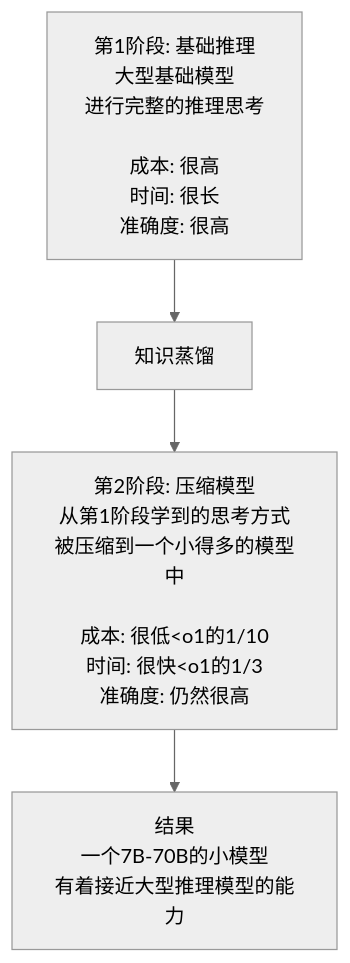
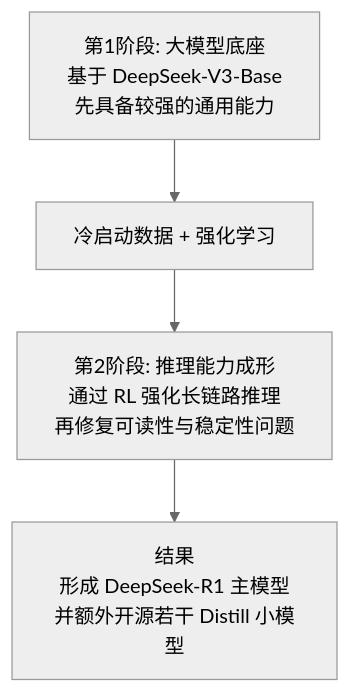
Before and after one commit to changsongyang/ai_beginner_guide: the seventh of 9 diagrams in 07_reasoning_models/7.4_major_reasoning_models.md, drawn with Mermaid (neutral theme). The commit also changed other lines of this file and 8 other files, not shown here.

````diff
--- a/07_reasoning_models/7.4_major_reasoning_models.md
+++ b/07_reasoning_models/7.4_major_reasoning_models.md
@@ -227,12 +182,12 @@
 ```mermaid
 graph TD
-    A["第1阶段: 基础推理<br/>大型基础模型<br/>进行完整的推理思考<br/><br/>成本: 很高<br/>时间: 很长<br/>准确度: 很高"]
+    A["第1阶段: 大模型底座<br/>基于 DeepSeek-V3-Base<br/>先具备较强的通用能力"]
 
-    B["知识蒸馏"]
+    B["冷启动数据 + 强化学习"]
 
-    C["第2阶段: 压缩模型<br/>从第1阶段学到的思考方式<br/>被压缩到一个小得多的模型中<br/><br/>成本: 很低&lt;o1的1/10<br/>时间: 很快&lt;o1的1/3<br/>准确度: 仍然很高"]
+    C["第2阶段: 推理能力成形<br/>通过 RL 强化长链路推理<br/>再修复可读性与稳定性问题"]
 
-    D["结果<br/>一个7B-70B的小模型<br/>有着接近大型推理模型的能力"]
+    D["结果<br/>形成 DeepSeek-R1 主模型<br/>并额外开源若干 Distill 小模型"]
 
     A --> B --> C --> D
 ```
````
